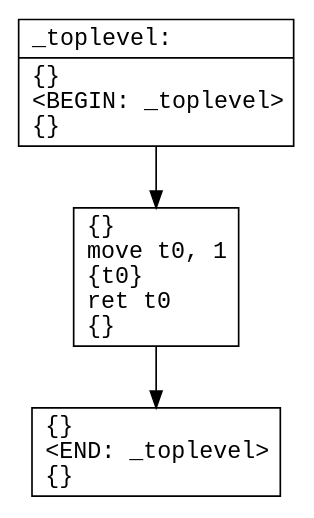
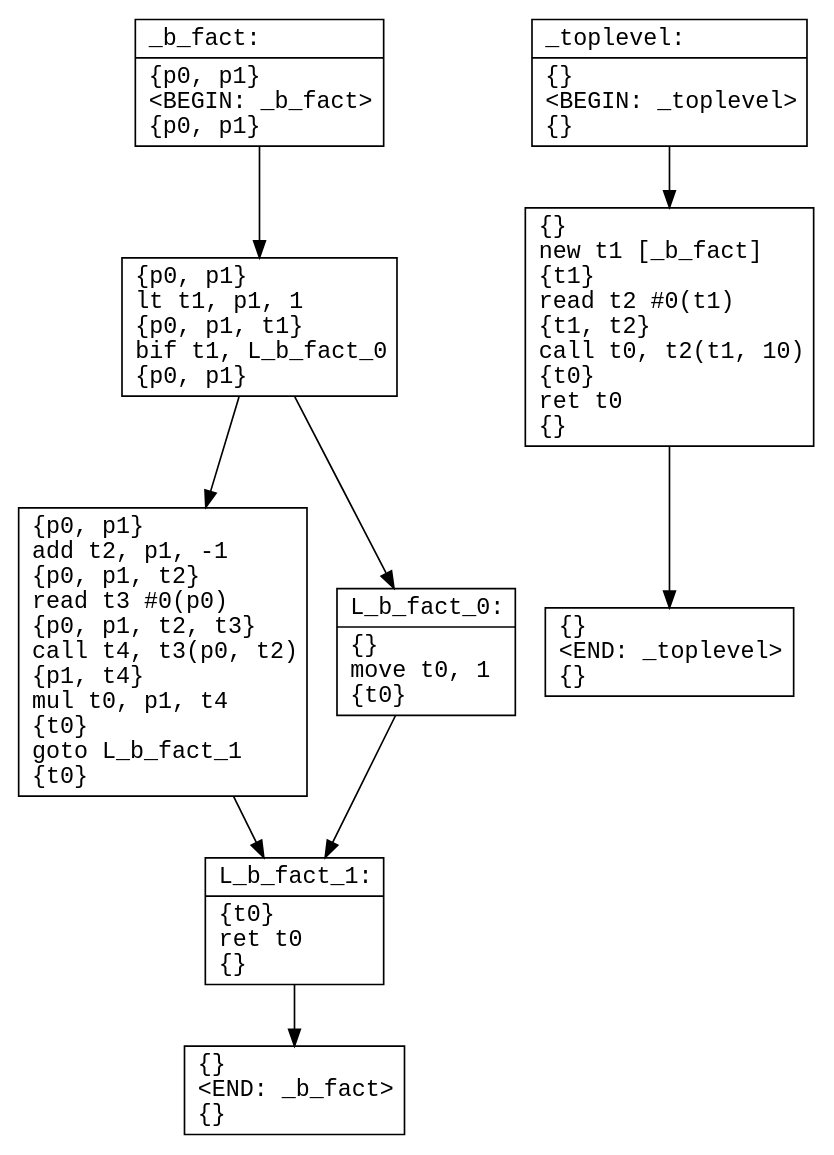
One commit to ore-puzzle/le4com changed the diagram in code/cfg_tmp.dot. Above: the diagram before and after it, drawn with Graphviz. The commit also changed 20 other files, not shown here.

```diff
--- a/code/cfg_tmp.dot
+++ b/code/cfg_tmp.dot
@@ -1,9 +1,23 @@
 digraph CFG {
   node [shape=record fontname="courier"]
+  _b_fact0 [label="{_b_fact:\l|\{p0, p1\}\l\<BEGIN: _b_fact\>\l\{p0, p1\}\l}"];
+  _b_fact1 [label="{\{p0, p1\}\llt  t1, p1, 1\l\{p0, p1, t1\}\lbif  t1, L_b_fact_0\l\{p0, p1\}\l}"];
+  _b_fact2 [label="{\{p0, p1\}\ladd  t2, p1, -1\l\{p0, p1, t2\}\lread  t3 #0(p0)\l\{p0, p1, t2, t3\}\lcall  t4, t3(p0, t2)\l\{p1, t4\}\lmul  t0, p1, t4\l\{t0\}\lgoto  L_b_fact_1\l\{t0\}\l}"];
+  _b_fact3 [label="{L_b_fact_0:\l|\{\}\lmove  t0, 1\l\{t0\}\l}"];
+  _b_fact4 [label="{L_b_fact_1:\l|\{t0\}\lret  t0\l\{\}\l}"];
+  _b_fact5 [label="{\{\}\l\<END: _b_fact\>\l\{\}\l}"];
+
+  _b_fact0 -> _b_fact1
+  _b_fact1 -> _b_fact3
+  _b_fact1 -> _b_fact2
+  _b_fact2 -> _b_fact4
+  _b_fact3 -> _b_fact4
+  _b_fact4 -> _b_fact5
+  
   _toplevel0 [label="{_toplevel:\l|\{\}\l\<BEGIN: _toplevel\>\l\{\}\l}"];
-  _toplevel1 [label="{\{\}\lmove  t0, 1\l\{t0\}\lret  t0\l\{\}\l}"];
+  _toplevel1 [label="{\{\}\lnew  t1 [_b_fact]\l\{t1\}\lread  t2 #0(t1)\l\{t1, t2\}\lcall  t0, t2(t1, 10)\l\{t0\}\lret  t0\l\{\}\l}"];
   _toplevel2 [label="{\{\}\l\<END: _toplevel\>\l\{\}\l}"];
 
   _toplevel0 -> _toplevel1
   _toplevel1 -> _toplevel2
   }
```
